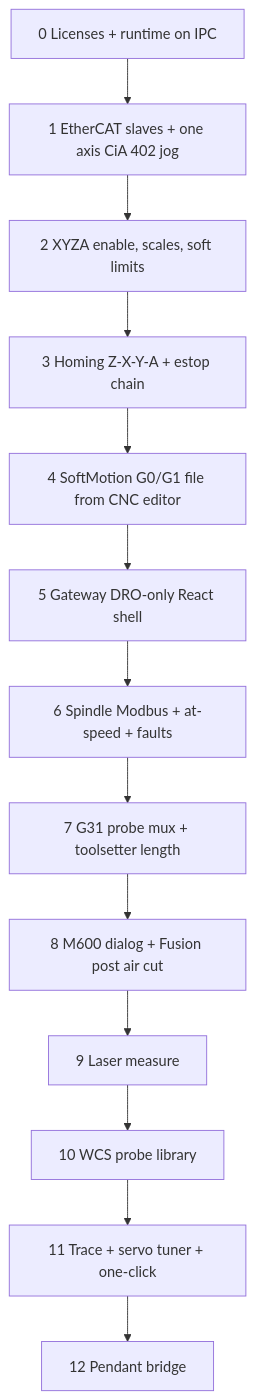
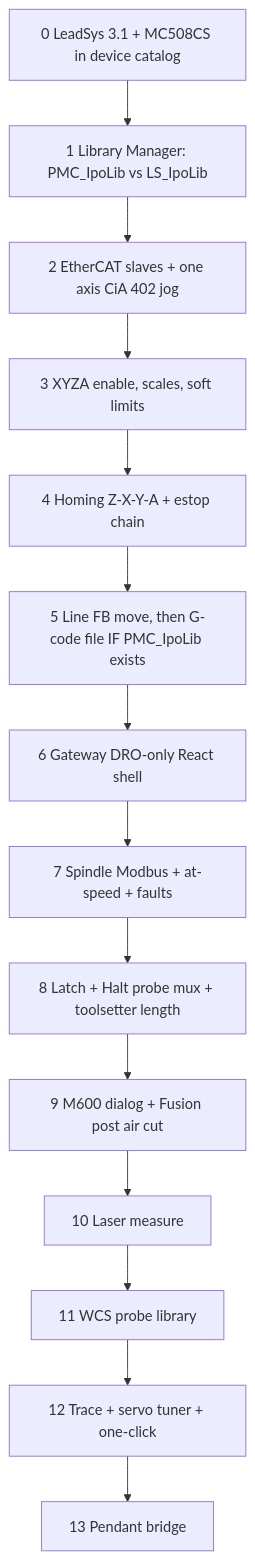
Before and after one commit to jayem1427/lemontart_lcnc_config: the second of 2 diagrams in docs/CODESYS_ARCHITECTURE.md, drawn with Mermaid. The commit also changed other lines of this file and 4 other files, not shown here.

````diff
--- a/docs/CODESYS_ARCHITECTURE.md
+++ b/docs/CODESYS_ARCHITECTURE.md
@@ -395,15 +409,16 @@
 ```mermaid
 flowchart TD
-  S0[0 Licenses + runtime on IPC] --> S1[1 EtherCAT slaves + one axis CiA 402 jog]
-  S1 --> S2[2 XYZA enable, scales, soft limits]
-  S2 --> S3[3 Homing Z-X-Y-A + estop chain]
-  S3 --> S4[4 SoftMotion G0/G1 file from CNC editor]
-  S4 --> S5[5 Gateway DRO-only React shell]
-  S5 --> S6[6 Spindle Modbus + at-speed + faults]
-  S6 --> S7[7 G31 probe mux + toolsetter length]
-  S7 --> S8[8 M600 dialog + Fusion post air cut]
-  S8 --> S9[9 Laser measure]
-  S9 --> S10[10 WCS probe library]
-  S10 --> S11[11 Trace + servo tuner + one-click]
-  S11 --> S12[12 Pendant bridge]
+  S0[0 LeadSys 3.1 + MC508CS in device catalog] --> S1[1 Library Manager: PMC_IpoLib vs LS_IpoLib]
+  S1 --> S2[2 EtherCAT slaves + one axis CiA 402 jog]
+  S2 --> S3[3 XYZA enable, scales, soft limits]
+  S3 --> S4[4 Homing Z-X-Y-A + estop chain]
+  S4 --> S5[5 Line FB move, then G-code file IF PMC_IpoLib exists]
+  S5 --> S6[6 Gateway DRO-only React shell]
+  S6 --> S7[7 Spindle Modbus + at-speed + faults]
+  S7 --> S8[8 Latch + Halt probe mux + toolsetter length]
+  S8 --> S9[9 M600 dialog + Fusion post air cut]
+  S9 --> S10[10 Laser measure]
+  S10 --> S11[11 WCS probe library]
+  S11 --> S12[12 Trace + servo tuner + one-click]
+  S12 --> S13[13 Pendant bridge]
 ```
````
